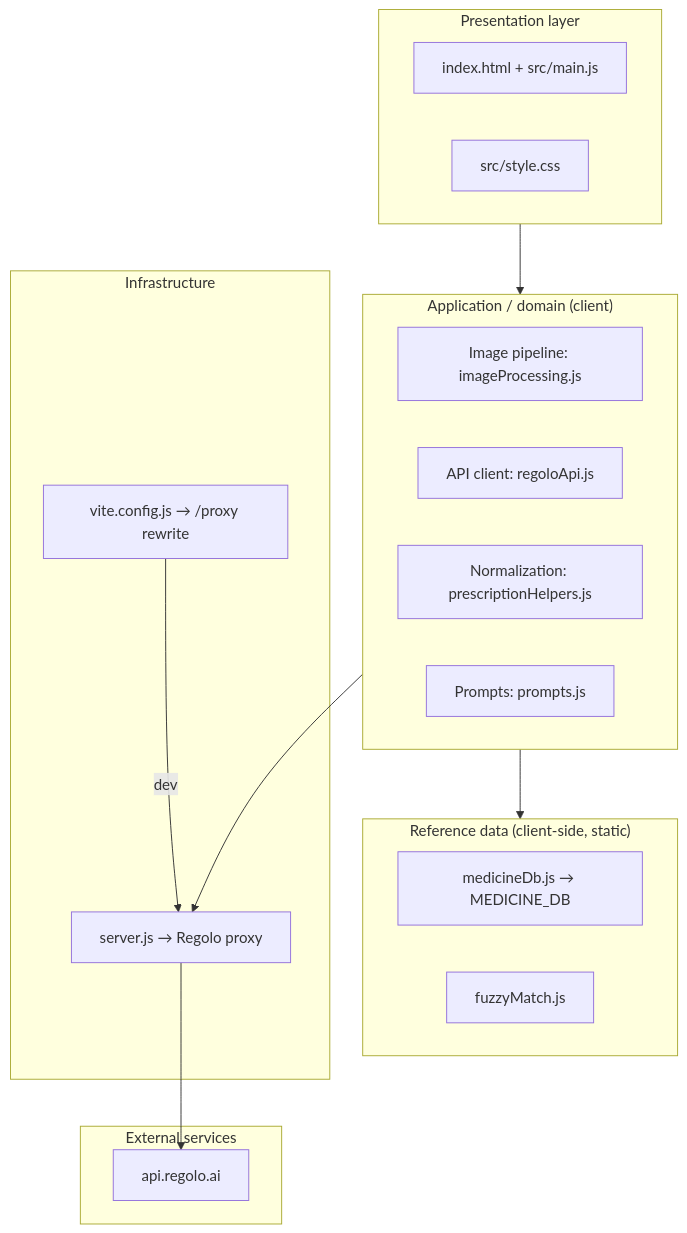
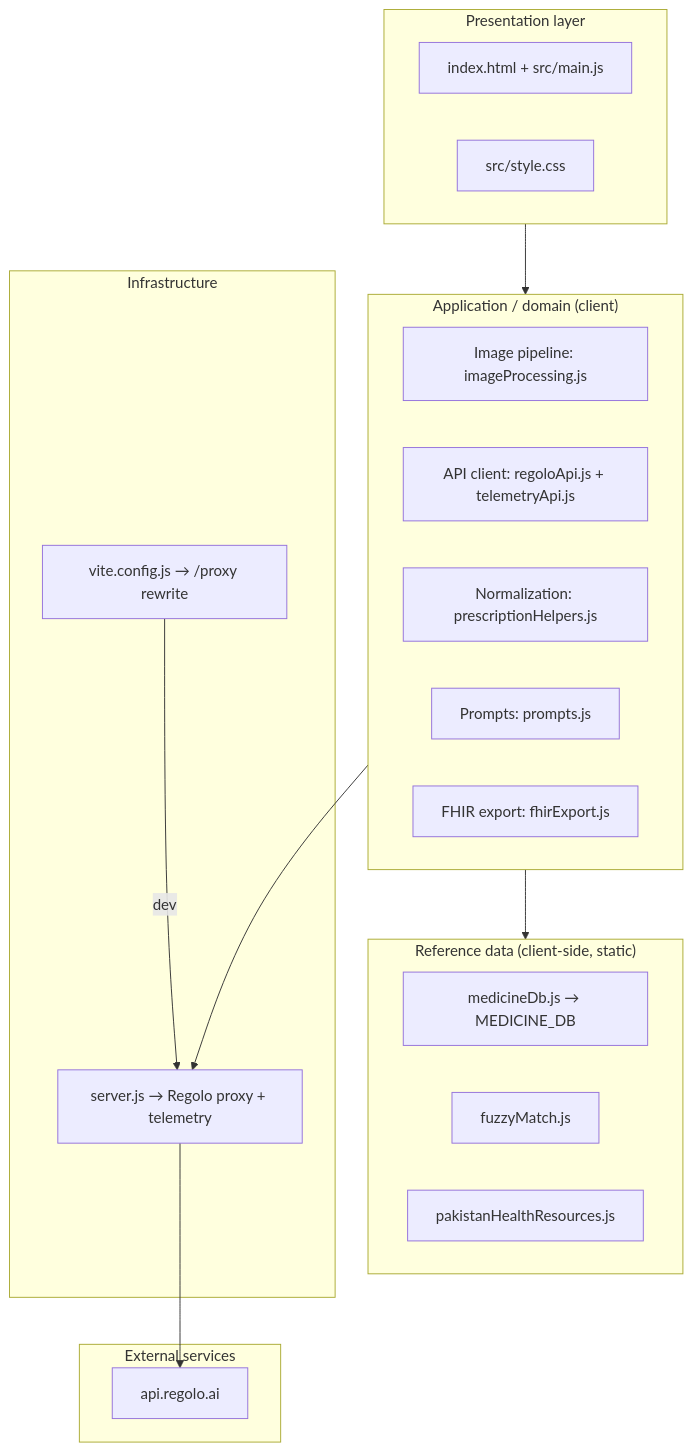
Before and after one commit to tayyabrehman96/HEC-Generative-AI-Training-Hackathon: the second of 6 diagrams in README.md, drawn with Mermaid. The commit also changed other lines of this file and 1 other file, not shown here.

Commit message:
docs: refresh README and package description for current pipeline (parallel OCR+VLM, proxy, tools)

````diff
--- a/README.md
+++ b/README.md
@@ -133,29 +143,31 @@
 ```mermaid
 flowchart TB
   subgraph presentation["Presentation layer"]
     A["index.html + src/main.js"]
     B["src/style.css"]
   end
   subgraph application["Application / domain (client)"]
     C["Image pipeline: imageProcessing.js"]
-    D["API client: regoloApi.js"]
+    D["API client: regoloApi.js + telemetryApi.js"]
     E["Normalization: prescriptionHelpers.js"]
     F["Prompts: prompts.js"]
+    FH["FHIR export: fhirExport.js"]
   end
   subgraph reference["Reference data (client-side, static)"]
     G["medicineDb.js → MEDICINE_DB"]
     H["fuzzyMatch.js"]
+    PK["pakistanHealthResources.js"]
   end
   subgraph infrastructure["Infrastructure"]
-    I["server.js → Regolo proxy"]
+    I["server.js → Regolo proxy + telemetry"]
     J["vite.config.js → /proxy rewrite"]
   end
   subgraph external["External services"]
     K["api.regolo.ai"]
   end
   presentation --> application
   application --> reference
   application --> I
   I --> K
   J -->|dev| I
 ```
````
